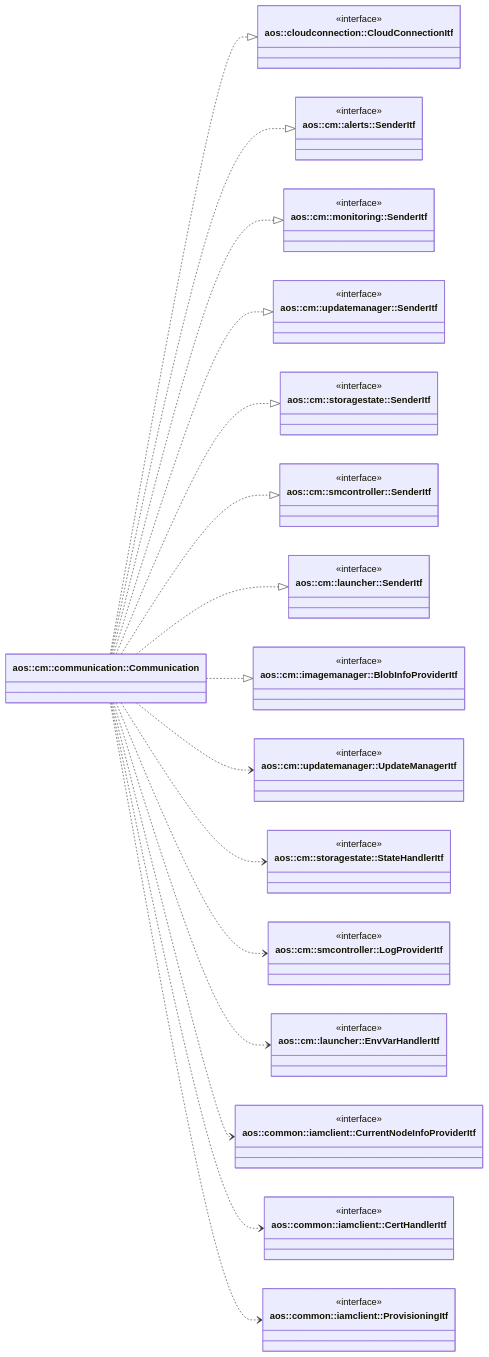
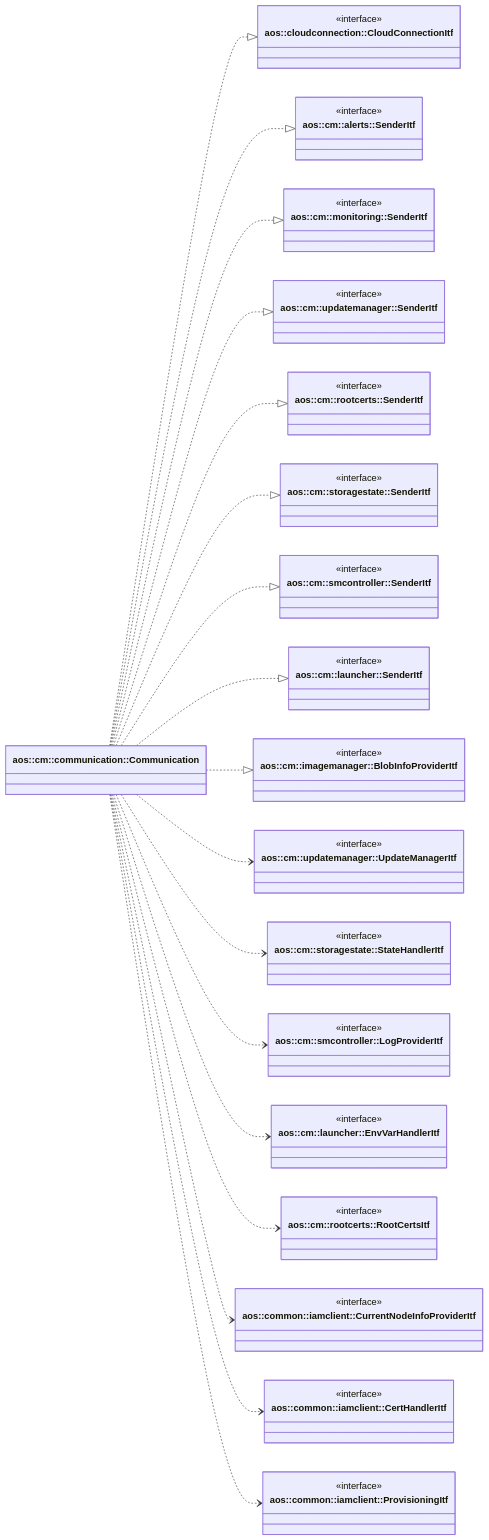
One commit to aosedge/aos_core_lib_cpp changed the diagram in src/core/cm/communication/communication.md. Above: the diagram before and after it, drawn with Mermaid. The commit also changed other lines of this file and 12 other files, not shown here.

First line of the commit message:
cm: rootcerts: add root certificates module

```diff
--- a/src/core/cm/communication/communication.md
+++ b/src/core/cm/communication/communication.md
@@ -47,6 +50,10 @@
     }
 
     class UpdateManagerSenderItf["aos::cm::updatemanager::SenderItf"] {
+        <<interface>>
+    }
+
+    class RootCertsSenderItf["aos::cm::rootcerts::SenderItf"] {
         <<interface>>
     }
 
@@ -82,6 +89,10 @@
         <<interface>>
     }
 
+    class RootCertsItf ["aos::cm::rootcerts::RootCertsItf"] {
+        <<interface>>
+    }
+
     class CurrentNodeInfoProviderItf ["aos::common::iamclient::CurrentNodeInfoProviderItf"] {
         <<interface>>
     }
@@ -99,6 +110,7 @@
     Communication ..|> AlertsSenderItf
     Communication ..|> MonitoringSenderItf
     Communication ..|> UpdateManagerSenderItf
+    Communication ..|> RootCertsSenderItf
     Communication ..|> StorageStateSenderItf
     Communication ..|> SMControllerSenderItf
     Communication ..|> LauncherSenderItf
@@ -108,6 +120,7 @@
     Communication ..> StateHandlerItf
     Communication ..> LogProviderItf
     Communication ..> EnvVarHandlerItf
+    Communication ..> RootCertsItf
     Communication ..> CurrentNodeInfoProviderItf
     Communication ..> CertHandlerItf
     Communication ..> ProvisioningItf
```
